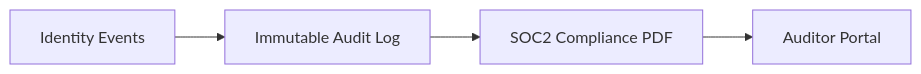
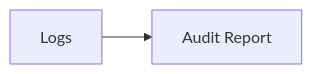
One commit to Devopstrio/identity-governance-framework changed the tenth of 30 diagrams in README.md. Above: the diagram before and after it, drawn with Mermaid. The commit also changed other lines of this file, not shown here.

Commit message:
docs: expand README with 30+ architectural diagrams

````diff
--- a/README.md
+++ b/README.md
@@ -200,6 +93,4 @@
 ```mermaid
 graph LR
-    Events[Identity Events] --> Ledger[Immutable Audit Log]
-    Ledger --> Report[SOC2 Compliance PDF]
-    Report --> Auditor[Auditor Portal]
+    Logs[Logs] --> PDF[Audit Report]
 ```
````
